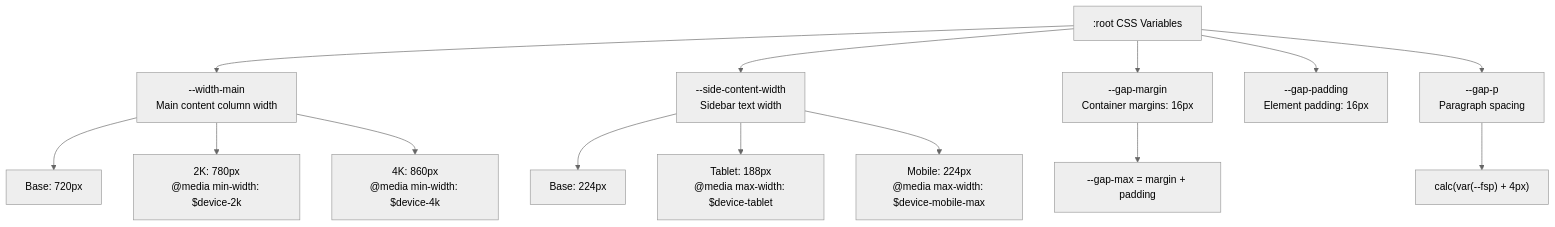
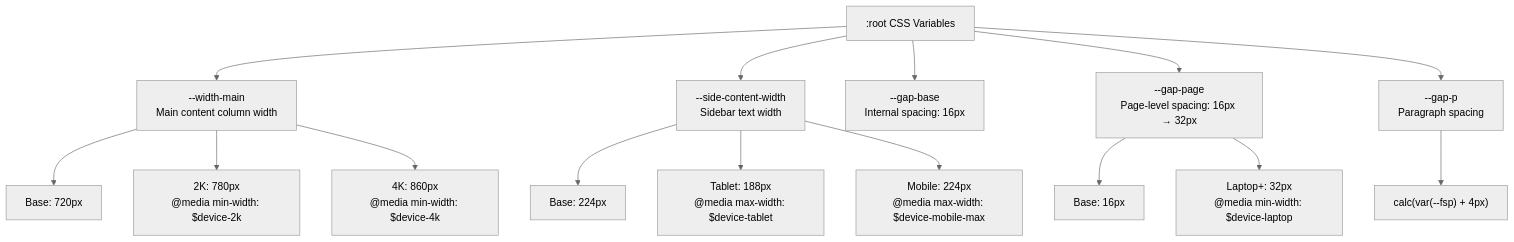
Before and after one commit to penndu/hexo: the second of 5 diagrams in themes/stellar/docs/knowledge/01-样式系统/responsive-design.md, drawn with Mermaid (neutral theme). The commit also changed other lines of this file and 48 other files, not shown here.

````diff
--- a/themes/stellar/docs/knowledge/01-样式系统/responsive-design.md
+++ b/themes/stellar/docs/knowledge/01-样式系统/responsive-design.md
@@ -62,21 +62,23 @@
 ```mermaid
 graph TB
     Root[":root CSS Variables"]
     
     Root --> WidthMain["--width-main<br/>Main content column width"]
     Root --> SideWidth["--side-content-width<br/>Sidebar text width"]
-    Root --> GapMargin["--gap-margin<br/>Container margins: 16px"]
-    Root --> GapPadding["--gap-padding<br/>Element padding: 16px"]
+    Root --> GapBase["--gap-base<br/>Internal spacing: 16px"]
+    Root --> GapPage["--gap-page<br/>Page-level spacing: 16px → 32px"]
     Root --> GapP["--gap-p<br/>Paragraph spacing"]
     
     WidthMain --> W720["Base: 720px"]
     WidthMain --> W780["2K: 780px<br/>@media min-width: $device-2k"]
     WidthMain --> W860["4K: 860px<br/>@media min-width: $device-4k"]
     
     SideWidth --> S224["Base: 224px"]
     SideWidth --> S188["Tablet: 188px<br/>@media max-width: $device-tablet"]
     SideWidth --> S224Mobile["Mobile: 224px<br/>@media max-width: $device-mobile-max"]
     
+    GapPage --> GP16["Base: 16px"]
+    GapPage --> GP32["Laptop+: 32px<br/>@media min-width: $device-laptop"]
+    
     GapP --> GapPCalc["calc(var(--fsp) + 4px)"]
-    GapMargin --> GapMax["--gap-max = margin + padding"]
 ```
````
